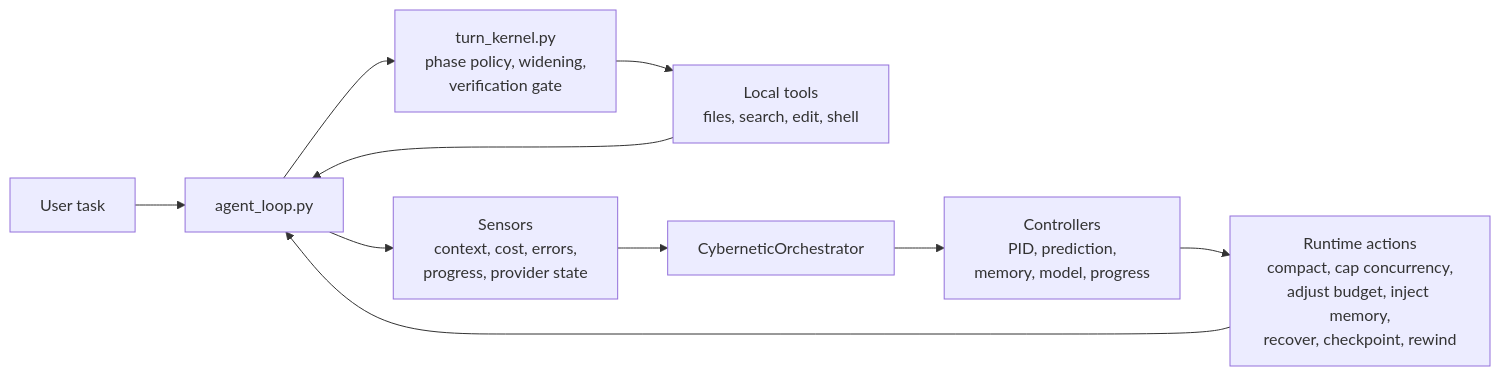
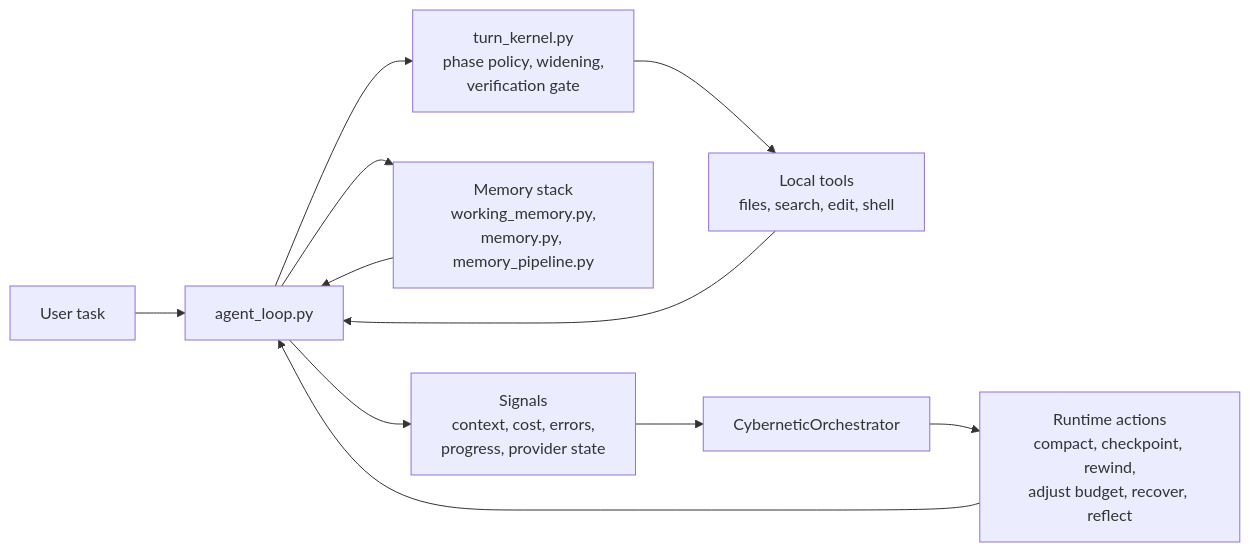
The second of 2 diagrams in README.md (Rrrrrr676/MiniCode-Python), drawn with Mermaid before and after one commit. The commit also changed other lines of this file and 2 other files, not shown here.

````diff
--- a/README.md
+++ b/README.md
@@ -60,13 +198,14 @@
 ```mermaid
 flowchart LR
     User["User task"] --> Loop["agent_loop.py"]
     Loop --> Kernel["turn_kernel.py<br/>phase policy, widening,<br/>verification gate"]
+    Loop --> Memory["Memory stack<br/>working_memory.py,<br/>memory.py, memory_pipeline.py"]
     Kernel --> Tools["Local tools<br/>files, search, edit, shell"]
     Tools --> Loop
+    Memory --> Loop
 
-    Loop --> Sensors["Sensors<br/>context, cost, errors,<br/>progress, provider state"]
-    Sensors --> Orchestrator["CyberneticOrchestrator"]
-    Orchestrator --> Control["Controllers<br/>PID, prediction,<br/>memory, model, progress"]
-    Control --> Actions["Runtime actions<br/>compact, cap concurrency,<br/>adjust budget, inject memory,<br/>recover, checkpoint, rewind"]
+    Loop --> Signals["Signals<br/>context, cost, errors,<br/>progress, provider state"]
+    Signals --> Orchestrator["CyberneticOrchestrator"]
+    Orchestrator --> Actions["Runtime actions<br/>compact, checkpoint, rewind,<br/>adjust budget, recover, reflect"]
     Actions --> Loop
 ```
````
